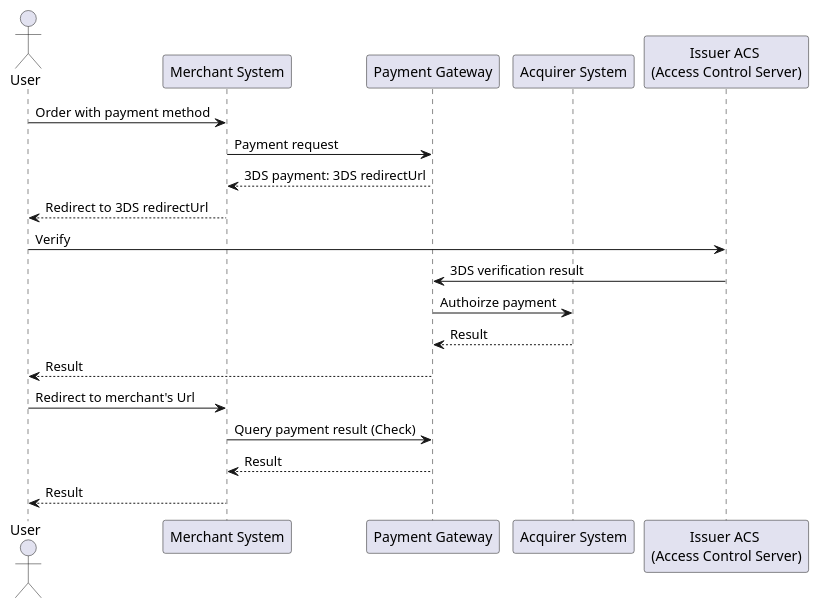
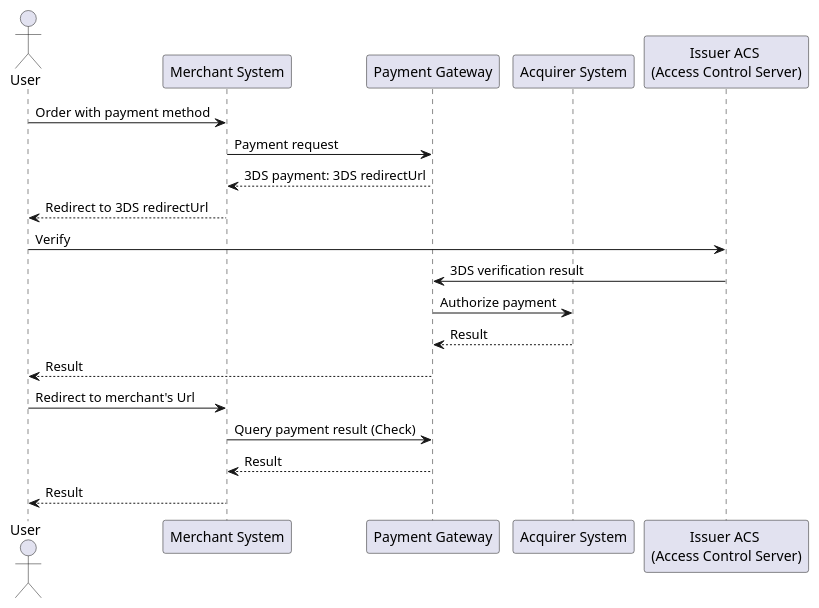
Before and after one commit to yidas/web-service-architectures: the diagram in third-party-payment/3ds/squence-diagram.plantuml, drawn with PlantUML.

```diff
--- a/third-party-payment/3ds/squence-diagram.plantuml
+++ b/third-party-payment/3ds/squence-diagram.plantuml
@@ -1,23 +1,23 @@
 @startuml
 
 actor "User" as user
 participant "Merchant System" as mid
 participant "Payment Gateway" as pg
 participant "Acquirer System" as acquirer
 participant "Issuer ACS \n(Access Control Server)" as issuer
 
 user -> mid: Order with payment method
 mid -> pg: Payment request
 pg --> mid: 3DS payment: 3DS redirectUrl
 mid --> user: Redirect to 3DS redirectUrl
 user -> issuer: Verify 
 issuer -> pg: 3DS verification result
-pg -> acquirer: Authoirze payment
+pg -> acquirer: Authorize payment
 acquirer --> pg: Result
 pg --> user: Result
 user -> mid: Redirect to merchant's Url
 mid -> pg: Query payment result (Check)
 pg --> mid: Result
 mid --> user: Result
 
 @enduml
```
